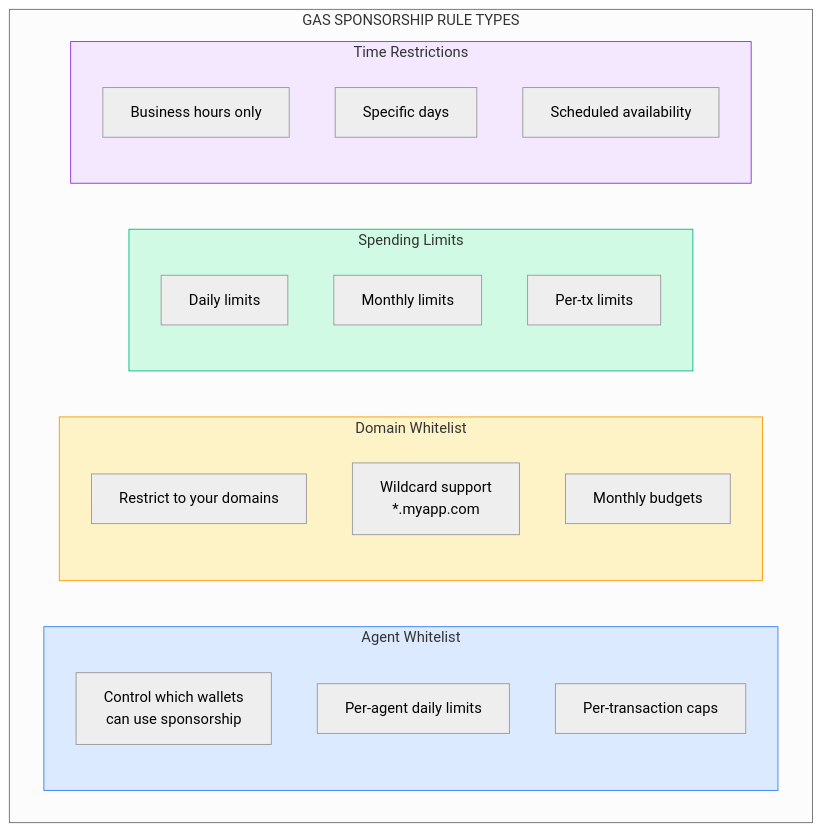
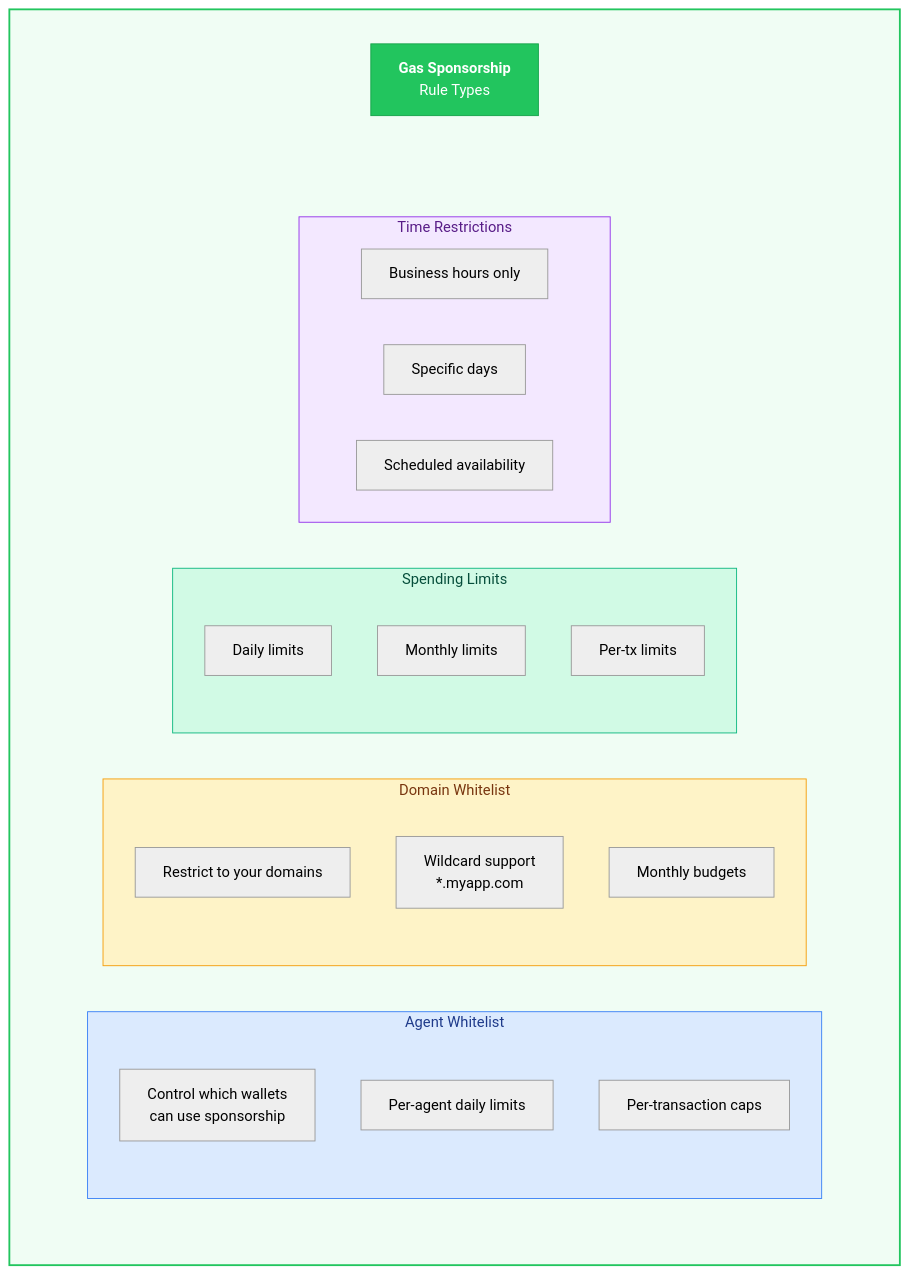
One commit to PerkOS-xyz/Stack changed the fourth of 10 diagrams in README.md. Above: the diagram before and after it, drawn with Mermaid (neutral theme). The commit also changed other lines of this file, not shown here.

````diff
--- a/README.md
+++ b/README.md
@@ -189,35 +189,46 @@
 ```mermaid
 flowchart TB
-    subgraph RuleTypes["GAS SPONSORSHIP RULE TYPES"]
-        direction LR
+    subgraph RuleTypes[" "]
+        direction TB
 
-        subgraph R1["Agent Whitelist"]
-            A1["Control which wallets<br/>can use sponsorship"]
-            A2["Per-agent daily limits"]
-            A3["Per-transaction caps"]
+        Title["<b>Gas Sponsorship</b><br/>Rule Types"]
+
+        subgraph Rules[" "]
+            direction LR
+
+            subgraph R1["Agent Whitelist"]
+                A1["Control which wallets<br/>can use sponsorship"]
+                A2["Per-agent daily limits"]
+                A3["Per-transaction caps"]
+            end
+
+            subgraph R2["Domain Whitelist"]
+                D1["Restrict to your domains"]
+                D2["Wildcard support<br/>*.myapp.com"]
+                D3["Monthly budgets"]
+            end
+
+            subgraph R3["Spending Limits"]
+                S1["Daily limits"]
+                S2["Monthly limits"]
+                S3["Per-tx limits"]
+            end
+
+            subgraph R4["Time Restrictions"]
+                T1["Business hours only"]
+                T2["Specific days"]
+                T3["Scheduled availability"]
+            end
         end
 
-        subgraph R2["Domain Whitelist"]
-            D1["Restrict to your domains"]
-            D2["Wildcard support<br/>*.myapp.com"]
-            D3["Monthly budgets"]
-        end
-
-        subgraph R3["Spending Limits"]
-            S1["Daily limits"]
-            S2["Monthly limits"]
-            S3["Per-tx limits"]
-        end
-
-        subgraph R4["Time Restrictions"]
-            T1["Business hours only"]
-            T2["Specific days"]
-            T3["Scheduled availability"]
-        end
+        Title ~~~ Rules
     end
 
-    style R1 fill:#dbeafe,stroke:#3b82f6
-    style R2 fill:#fef3c7,stroke:#f59e0b
-    style R3 fill:#d1fae5,stroke:#10b981
-    style R4 fill:#f3e8ff,stroke:#9333ea
+    style RuleTypes fill:#f0fdf4,stroke:#22c55e,stroke-width:2px,color:#000
+    style Title fill:#22c55e,stroke:#16a34a,color:#fff
+    style Rules fill:transparent,stroke:none
+    style R1 fill:#dbeafe,stroke:#3b82f6,color:#1e3a8a
+    style R2 fill:#fef3c7,stroke:#f59e0b,color:#78350f
+    style R3 fill:#d1fae5,stroke:#10b981,color:#064e3b
+    style R4 fill:#f3e8ff,stroke:#9333ea,color:#581c87
 ```
````
